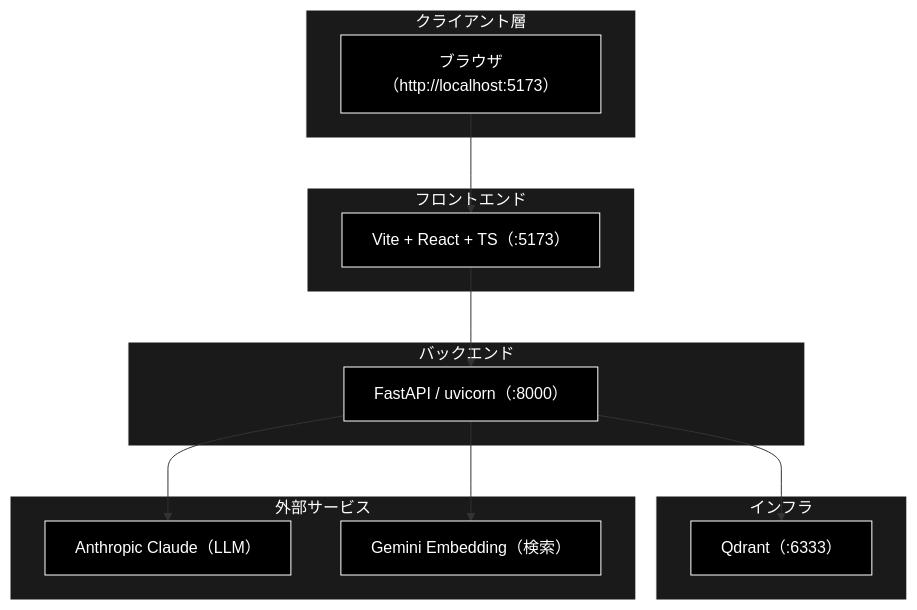
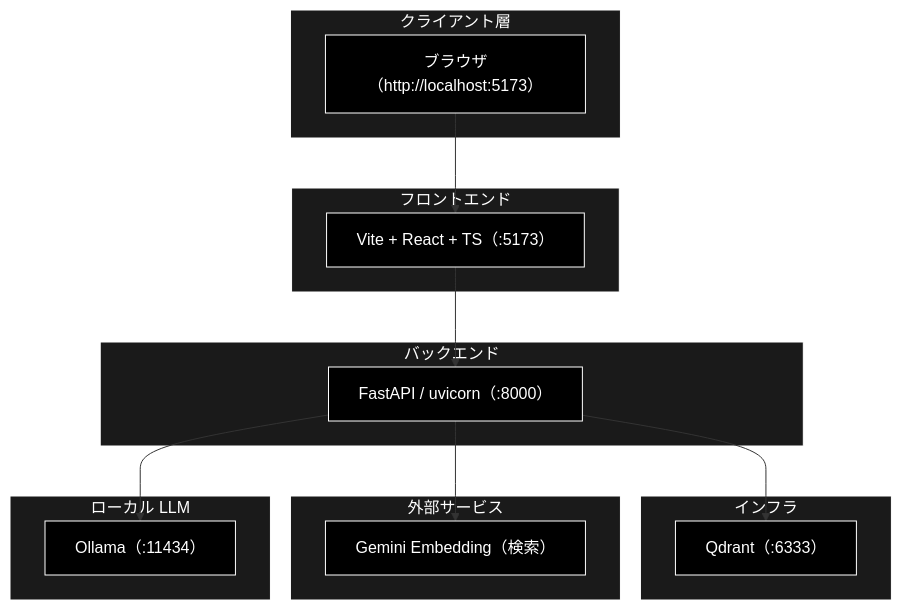
The diagram in backend/docs/install_and_setup.md (nakashima2toshio/grace_v2_local), drawn with Mermaid before and after one commit. The commit also changed other lines of this file and 12 other files, not shown here.

````diff
--- a/backend/docs/install_and_setup.md
+++ b/backend/docs/install_and_setup.md
@@ -27,37 +27,41 @@
 ```mermaid
 flowchart TB
     subgraph CLIENT["クライアント層"]
         BROWSER["ブラウザ（http://localhost:5173）"]
     end
 
     subgraph FRONT["フロントエンド"]
         VITE["Vite + React + TS（:5173）"]
     end
 
     subgraph BACK["バックエンド"]
         API["FastAPI / uvicorn（:8000）"]
     end
 
     subgraph INFRA["インフラ"]
         QDRANT["Qdrant（:6333）"]
     end
 
     subgraph EXTERNAL["外部サービス"]
-        ANTHROPIC["Anthropic Claude（LLM）"]
         GEMINI["Gemini Embedding（検索）"]
+    end
+
+    subgraph LOCAL["ローカル LLM"]
+        OLLAMA["Ollama（:11434）"]
     end
 
     BROWSER --> VITE
     VITE --> API
     API --> QDRANT
-    API --> ANTHROPIC
+    API --> OLLAMA
     API --> GEMINI
 classDef default fill:#000,stroke:#fff,color:#fff
 classDef subgraphStyle fill:#1a1a1a,stroke:#fff,color:#fff
-class BROWSER,VITE,API,QDRANT,ANTHROPIC,GEMINI default
+class BROWSER,VITE,API,QDRANT,OLLAMA,GEMINI default
 style CLIENT fill:#1a1a1a,stroke:#fff,color:#fff
 style FRONT fill:#1a1a1a,stroke:#fff,color:#fff
 style BACK fill:#1a1a1a,stroke:#fff,color:#fff
 style INFRA fill:#1a1a1a,stroke:#fff,color:#fff
 style EXTERNAL fill:#1a1a1a,stroke:#fff,color:#fff
+style LOCAL fill:#1a1a1a,stroke:#fff,color:#fff
 ```
````
